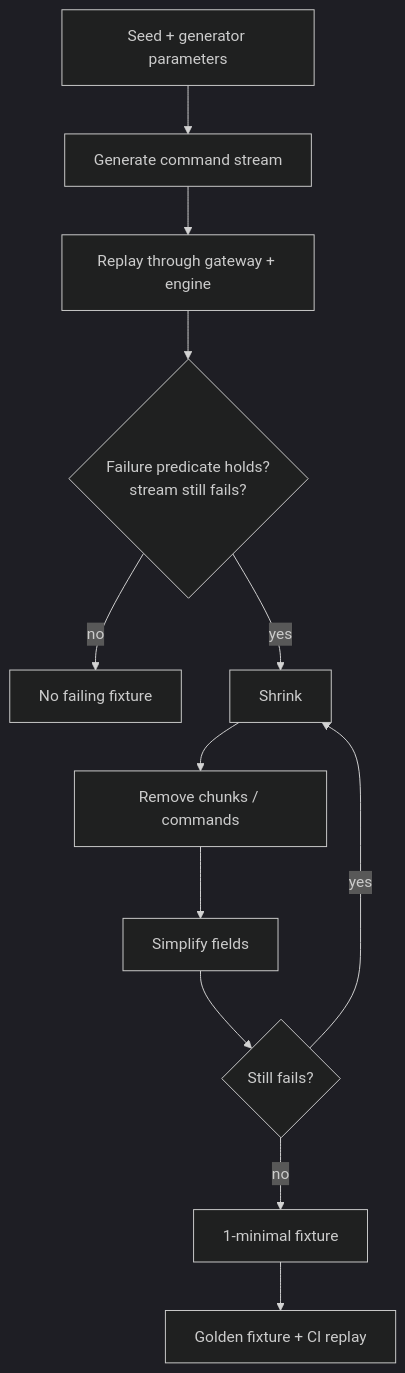
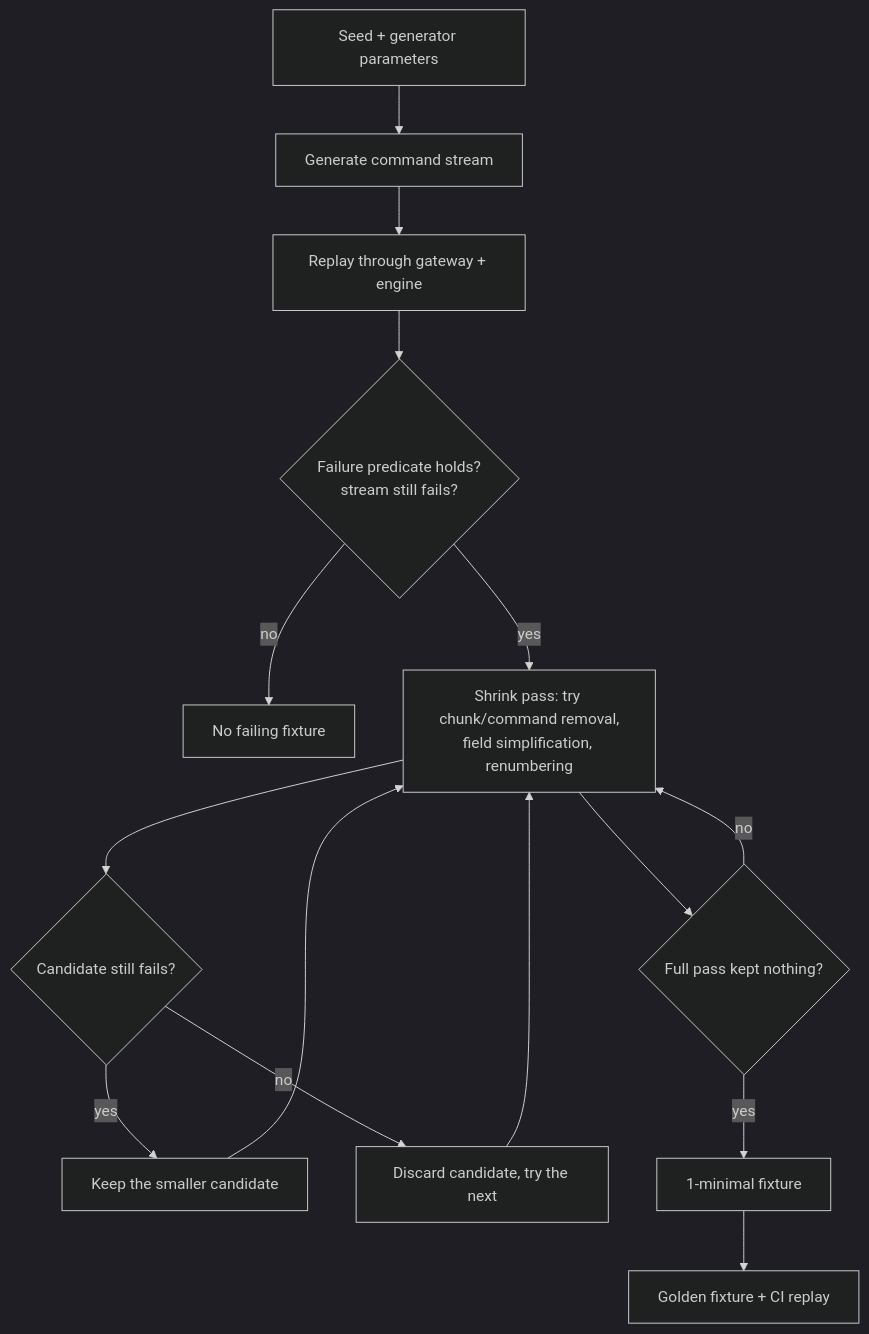
Before and after one commit to div0rce/quant-systems-lab: the diagram in docs/property_testing.md, drawn with Mermaid (dark theme). The commit also changed 2 other files, not shown here.

Commit message:
docs: correct shrink-loop diagram and scope golden/manifest claims to committed fixtures

````diff
--- a/docs/property_testing.md
+++ b/docs/property_testing.md
@@ -7,14 +7,17 @@
 ```mermaid
 flowchart TD
     params[Seed + generator parameters] --> generate[Generate command stream]
     generate --> execute[Replay through gateway + engine]
     execute --> predicate{Failure predicate holds? <br/> stream still fails?}
     predicate -->|no| keep[No failing fixture]
-    predicate -->|yes| shrink[Shrink]
-    shrink --> remove[Remove chunks / commands]
-    remove --> simplify[Simplify fields]
-    simplify --> check{Still fails?}
-    check -->|yes| shrink
-    check -->|no| minimal[1-minimal fixture]
+    predicate -->|yes| pass[Shrink pass: try chunk/command removal,<br/>field simplification, renumbering]
+    pass --> cand{Candidate still fails?}
+    cand -->|yes| adopt[Keep the smaller candidate]
+    cand -->|no| discard[Discard candidate, try the next]
+    adopt --> pass
+    discard --> pass
+    pass --> fixed{Full pass kept nothing?}
+    fixed -->|no| pass
+    fixed -->|yes| minimal[1-minimal fixture]
     minimal --> golden[Golden fixture + CI replay]
 ```
````
